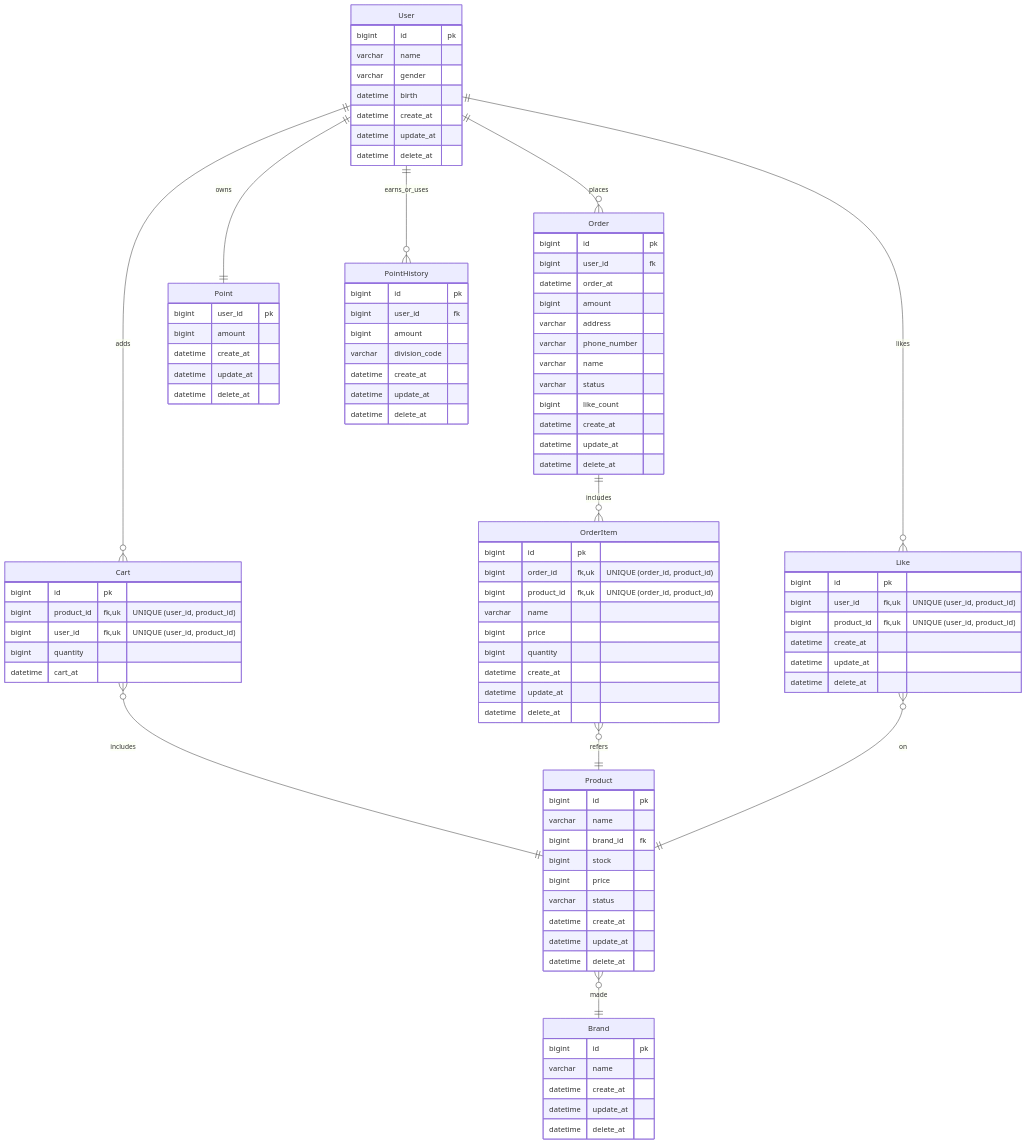
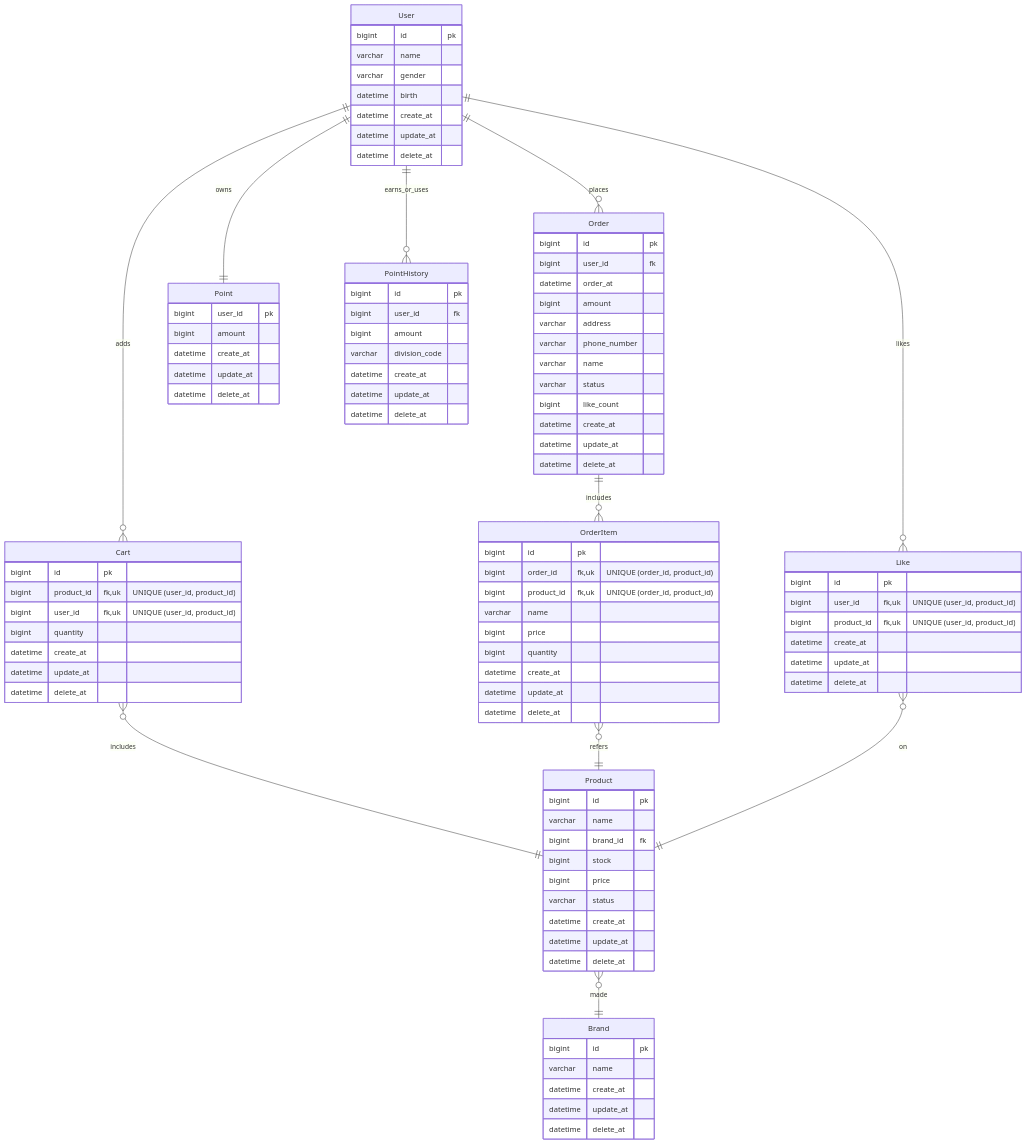
The diagram in docs/design/04-erd.md (simbokyung98/loopers-ecommerce-system), drawn with Mermaid before and after one commit.

Commit message:
fix : cart date 추가

```diff
--- a/docs/design/04-erd.md
+++ b/docs/design/04-erd.md
@@ -25,7 +25,9 @@
     bigint product_id fk, uk "UNIQUE (user_id, product_id)"
     bigint user_id fk, uk "UNIQUE (user_id, product_id)"
     bigint quantity
-    datetime cart_at
+    datetime create_at
+    datetime update_at
+    datetime delete_at
     }
     
     Order{
```
